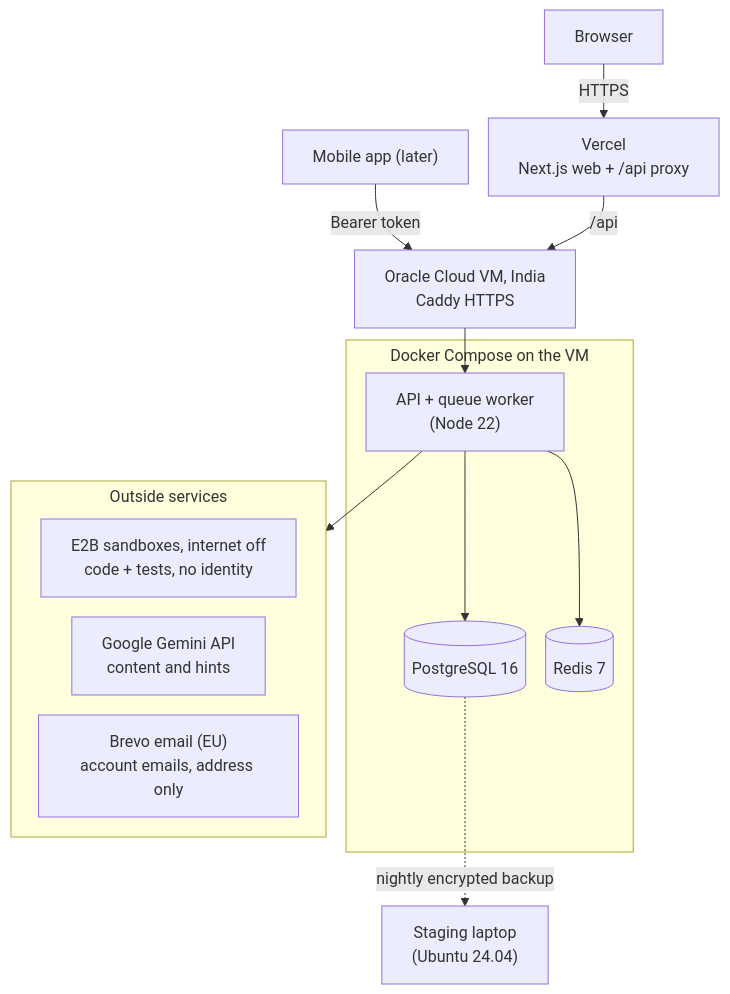
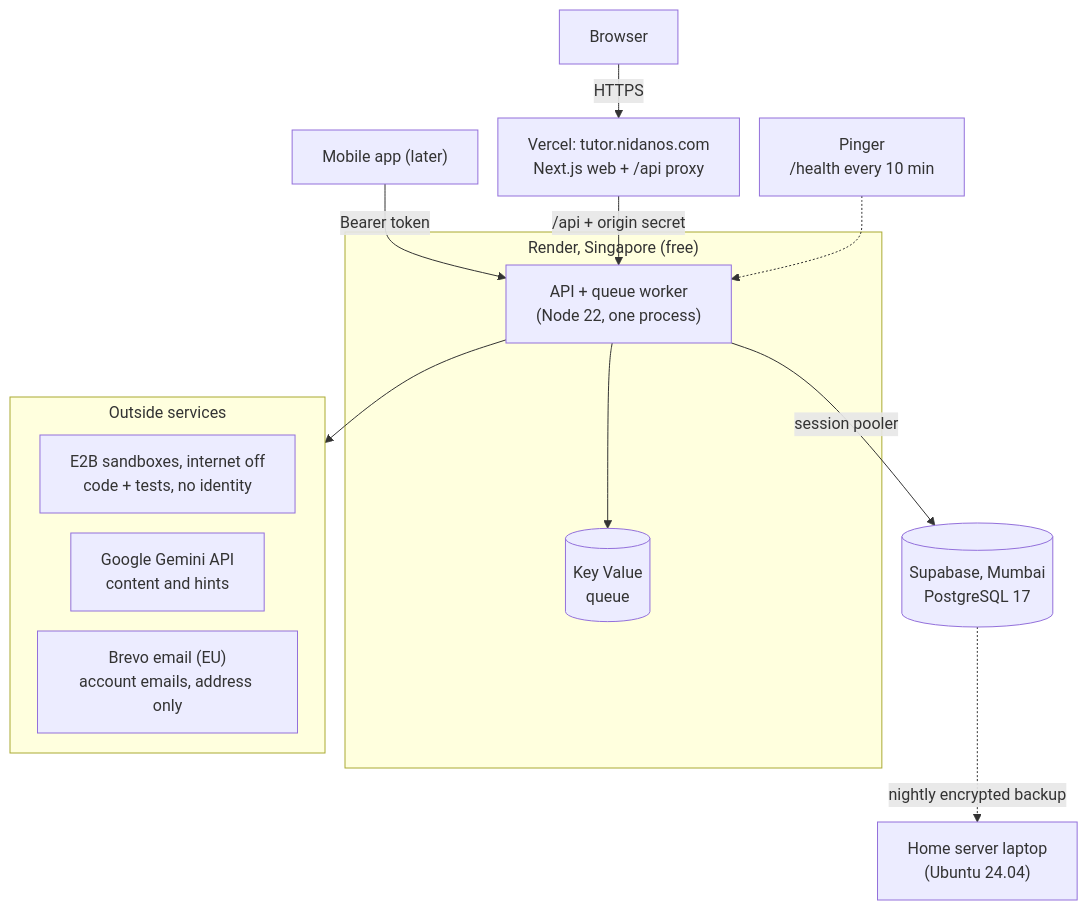
Before and after one commit to Nidanos/ai-tutor-platform: diagram 24 of 27 in DOCS/phase-3/MP3-Draft-Report.md, drawn with Mermaid. The commit also changed other lines of this file and 1 other file, not shown here.

Commit message:
docs: describe the pilot hosting on Vercel, Render and Supabase in the draft report

````diff
--- a/DOCS/phase-3/MP3-Draft-Report.md
+++ b/DOCS/phase-3/MP3-Draft-Report.md
@@ -1548,30 +1551,30 @@
 ```mermaid
 ---
 config:
   flowchart:
     nodeSpacing: 20
     rankSpacing: 30
     subGraphTitleMargin:
       top: 4
       bottom: 14
 ---
 flowchart TB
-  B["Browser"] -->|HTTPS| V["Vercel<br/>Next.js web + /api proxy"]
-  M["Mobile app (later)"] -->|Bearer token| C
-  V -->|/api| C["Oracle Cloud VM, India<br/>Caddy HTTPS"]
-  subgraph VM["Docker Compose on the VM"]
-    API["API + queue worker<br/>(Node 22)"]
-    PG[("PostgreSQL 16")]
-    RD[("Redis 7")]
+  B["Browser"] -->|HTTPS| V["Vercel: tutor.nidanos.com<br/>Next.js web + /api proxy"]
+  M["Mobile app (later)"] -->|Bearer token| API
+  V -->|/api + origin secret| API
+  subgraph R["Render, Singapore (free)"]
+    API["API + queue worker<br/>(Node 22, one process)"]
+    RD[("Key Value<br/>queue")]
   end
+  PG[("Supabase, Mumbai<br/>PostgreSQL 17")]
   subgraph EXT["Outside services"]
     E2B["E2B sandboxes, internet off<br/>code + tests, no identity"]
     G["Google Gemini API<br/>content and hints"]
     BR["Brevo email (EU)<br/>account emails, address only"]
   end
-  C --> API
-  API --> PG
+  P["Pinger<br/>/health every 10 min"] -.-> API
   API --> RD
+  API -->|session pooler| PG
   API --> EXT
-  PG -.->|nightly encrypted backup| L["Staging laptop<br/>(Ubuntu 24.04)"]
+  PG -.->|nightly encrypted backup| L["Home server laptop<br/>(Ubuntu 24.04)"]
 ```
````
